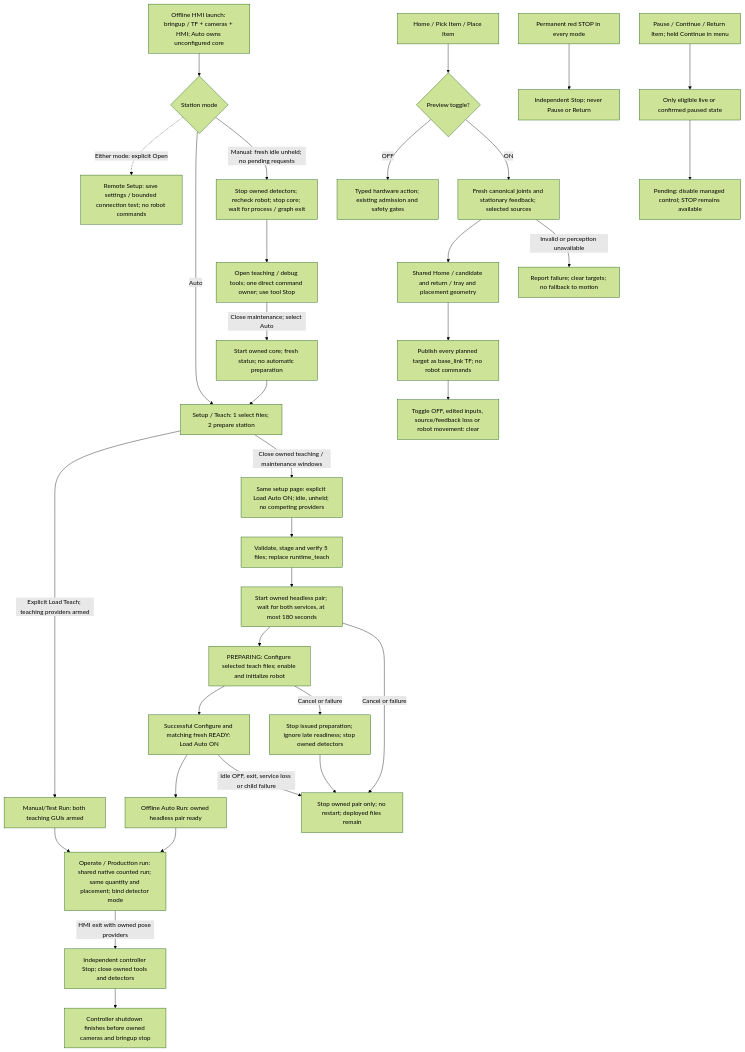
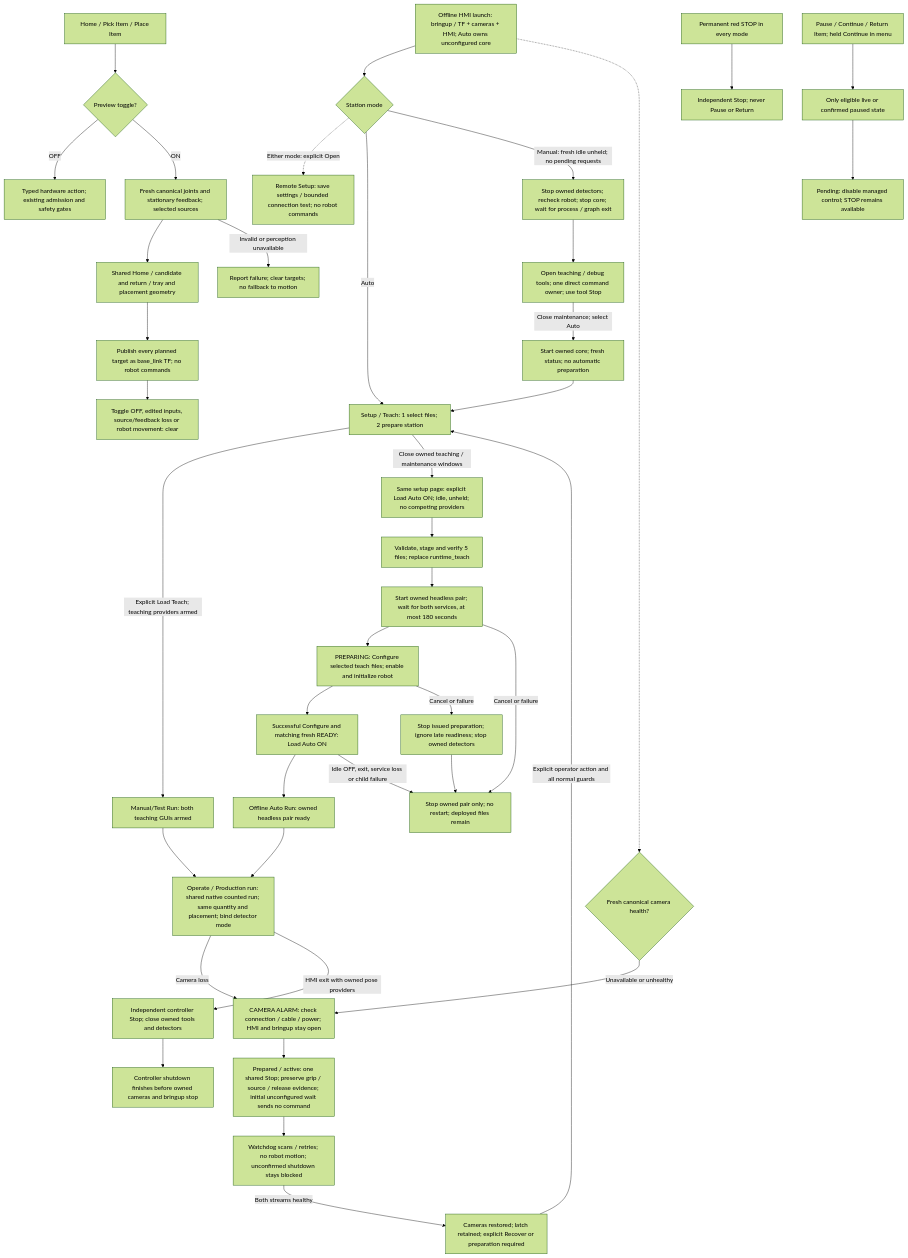
Before and after one commit to esgange/dobot_picknplace_yolo: the first of 9 diagrams in docs/ROBOT_CONTROLLER_FSM.md, drawn with Mermaid (forest theme). The commit also changed other lines of this file and 22 other files, not shown here.

Commit message:
Keep station open with camera connection alarm and guarded recovery

````diff
--- a/docs/ROBOT_CONTROLLER_FSM.md
+++ b/docs/ROBOT_CONTROLLER_FSM.md
@@ -1087,35 +1112,42 @@
 ```mermaid
 flowchart TD
     Launch["Offline HMI launch: bringup / TF + cameras + HMI; Auto owns unconfigured core"] --> StationMode{"Station mode"}
     StationMode -.->|Either mode: explicit Open| Remote["Remote Setup: save settings / bounded connection test; no robot commands"]
     StationMode -->|Auto| TeachPage
     StationMode -->|Manual: fresh idle unheld; no pending requests| ReleaseCore["Stop owned detectors; recheck robot; stop core; wait for process / graph exit"]
     ReleaseCore --> Tools["Open teaching / debug tools; one direct command owner; use tool Stop"]
     Tools -->|Close maintenance; select Auto| RestoreCore["Start owned core; fresh status; no automatic preparation"]
     RestoreCore --> TeachPage
     TeachPage["Setup / Teach: 1 select files; 2 prepare station"] -->|Explicit Load Teach; teaching providers armed| Manual
     TeachPage -->|Close owned teaching / maintenance windows| Deploy["Same setup page: explicit Load Auto ON; idle, unheld; no competing providers"]
     Deploy --> Copy["Validate, stage and verify 5 files; replace runtime_teach"]
     Copy --> Detect["Start owned headless pair; wait for both services, at most 180 seconds"]
     Detect --> Prepare["PREPARING: Configure selected teach files; enable and initialize robot"]
     Prepare --> Loaded["Successful Configure and matching fresh READY: Load Auto ON"]
     Loaded --> Auto["Offline Auto Run: owned headless pair ready"]
     Manual["Manual/Test Run: both teaching GUIs armed"] --> Run["Operate / Production run: shared native counted run; same quantity and placement; bind detector mode"]
     Auto --> Run
+    Launch -.-> CameraHealth{"Fresh canonical camera health?"}
+    CameraHealth -->|Unavailable or unhealthy| CameraAlarm["CAMERA ALARM: check connection / cable / power; HMI and bringup stay open"]
+    Run -->|Camera loss| CameraAlarm
+    CameraAlarm --> CameraStop["Prepared / active: one shared Stop; preserve grip / source / release evidence; initial unconfigured wait sends no command"]
+    CameraStop --> CameraWait["Watchdog scans / retries; no robot motion; unconfirmed shutdown stays blocked"]
+    CameraWait -->|Both streams healthy| CameraRestored["Cameras restored; latch retained; explicit Recover or preparation required"]
+    CameraRestored -->|Explicit operator action and all normal guards| TeachPage
     Run -->|HMI exit with owned pose providers| HmiExit["Independent controller Stop; close owned tools and detectors"]
     HmiExit --> StationExit["Controller shutdown finishes before owned cameras and bringup stop"]
     Loaded -->|Idle OFF, exit, service loss or child failure| End["Stop owned pair only; no restart; deployed files remain"]
     Detect -->|Cancel or failure| End
     Prepare -->|Cancel or failure| CancelPrepare["Stop issued preparation; ignore late readiness; stop owned detectors"]
     CancelPrepare --> End
     Buttons["Home / Pick Item / Place Item"] --> Mode{"Preview toggle?"}
     Mode -->|OFF| Action["Typed hardware action; existing admission and safety gates"]
     Mode -->|ON| Inputs["Fresh canonical joints and stationary feedback; selected sources"]
     Inputs --> Plan["Shared Home / candidate and return / tray and placement geometry"]
     Plan --> TF["Publish every planned target as base_link TF; no robot commands"]
     TF --> Clear["Toggle OFF, edited inputs, source/feedback loss or robot movement: clear"]
     Inputs -->|Invalid or perception unavailable| Failed["Report failure; clear targets; no fallback to motion"]
     Stop["Permanent red STOP in every mode"] --> Direct["Independent Stop; never Pause or Return"]
     Managed["Pause / Continue / Return Item; held Continue in menu"] --> Guard["Only eligible live or confirmed paused state"]
     Guard --> Pending["Pending: disable managed control; STOP remains available"]
 ```
````
